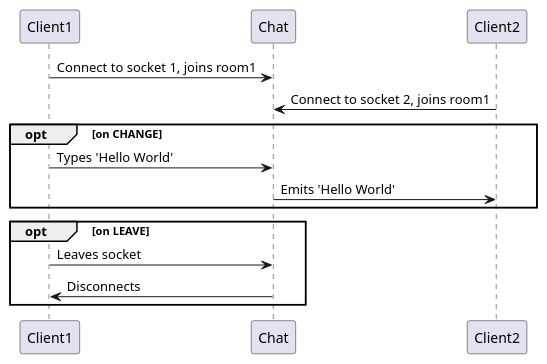
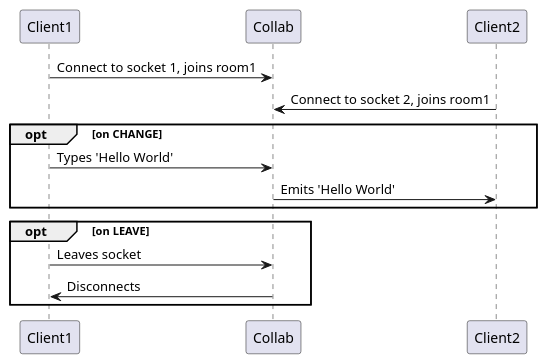
Before and after one commit to CS3219-AY2223S1/cs3219-project-ay2223s1-g59: the diagram in docs/sequence-diagrams/collab-service.puml, drawn with PlantUML. The commit also changed 1 other file, not shown here.

Commit message:
Fix collab mistake

```diff
--- a/docs/sequence-diagrams/collab-service.puml
+++ b/docs/sequence-diagrams/collab-service.puml
@@ -1,12 +1,12 @@
 @startuml
-Client1 -> Chat: Connect to socket 1, joins room1
-Client2 -> Chat: Connect to socket 2, joins room1
+Client1 -> Collab: Connect to socket 1, joins room1
+Client2 -> Collab: Connect to socket 2, joins room1
 opt on CHANGE
-    Client1 -> Chat: Types 'Hello World'
-    Chat -> Client2: Emits 'Hello World'
+    Client1 -> Collab: Types 'Hello World'
+    Collab -> Client2: Emits 'Hello World'
 end
 opt on LEAVE
-    Client1 -> Chat: Leaves socket
-    Chat -> Client1: Disconnects
+    Client1 -> Collab: Leaves socket
+    Collab -> Client1: Disconnects
 end
 @enduml
```
